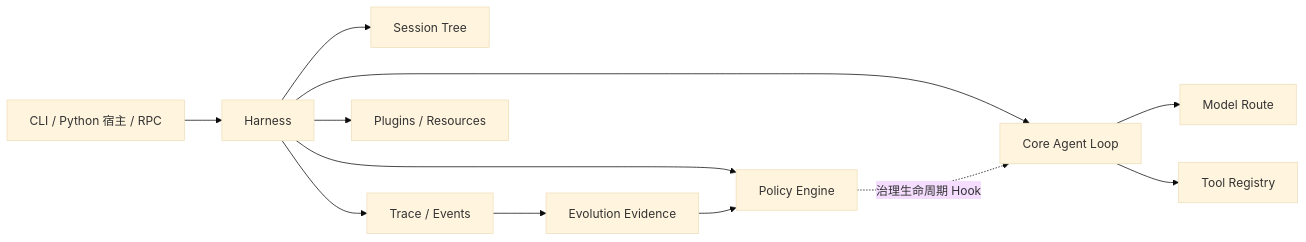
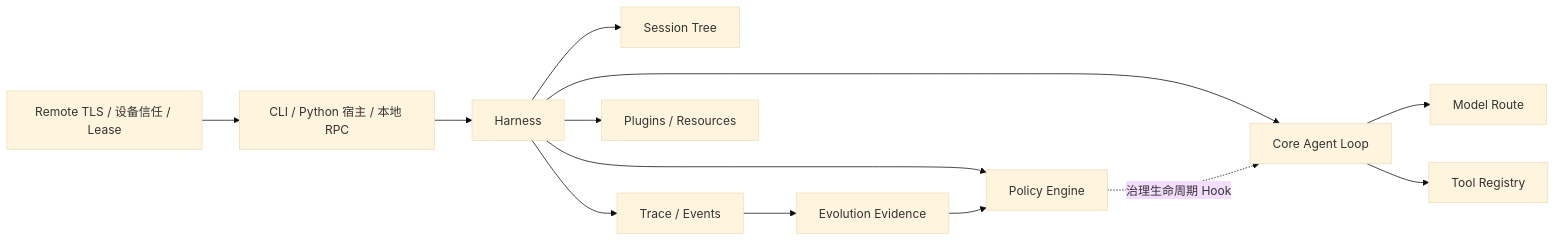
Before and after one commit to WeiSuanDi/EvoPi: the diagram in README.zh-CN.md, drawn with Mermaid (base theme). The commit also changed other lines of this file and 54 other files, not shown here.

````diff
--- a/README.zh-CN.md
+++ b/README.zh-CN.md
@@ -51,14 +52,15 @@
 ```mermaid
 flowchart LR
-    U["CLI / Python 宿主 / RPC"] --> H["Harness"]
+    U["CLI / Python 宿主 / 本地 RPC"] --> H["Harness"]
+    R["Remote TLS / 设备信任 / Lease"] --> U
     H --> C["Core Agent Loop"]
     C --> M["Model Route"]
     C --> T["Tool Registry"]
     H --> P["Policy Engine"]
     H --> S["Session Tree"]
     H --> X["Trace / Events"]
     H --> G["Plugins / Resources"]
     X --> E["Evolution Evidence"]
     E --> P
     P -. "治理生命周期 Hook" .-> C
 ```
````
